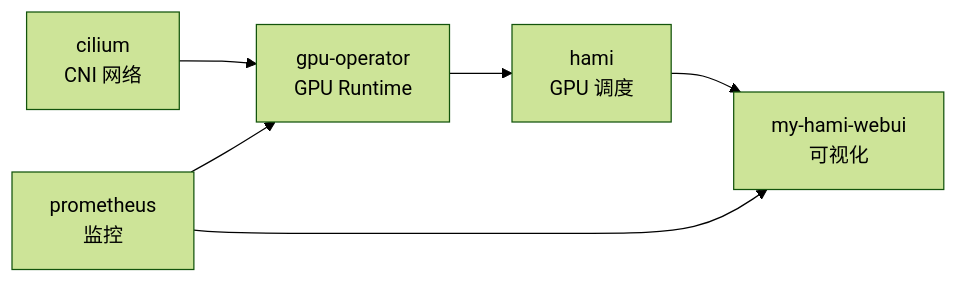
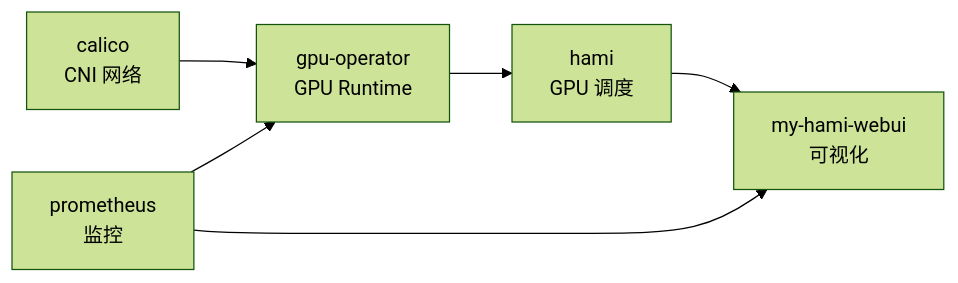
One commit to Project-HAMi/hami-workshop changed the second of 5 diagrams in docs/concepts/hami-architecture.zh.md. Above: the diagram before and after it, drawn with Mermaid (forest theme). The commit also changed other lines of this file and 9 other files, not shown here.

````diff
--- a/docs/concepts/hami-architecture.zh.md
+++ b/docs/concepts/hami-architecture.zh.md
@@ -79,9 +79,9 @@
 ```mermaid
-%% title: Helm Release 安装依赖
+%% title: 组件安装依赖
 flowchart LR
-    Cilium["cilium<br/>CNI 网络"] --> GPUOp["gpu-operator<br/>GPU Runtime"]
+    Calico["calico<br/>CNI 网络"] --> GPUOp["gpu-operator<br/>GPU Runtime"]
     GPUOp --> HAMi["hami<br/>GPU 调度"]
     HAMi --> WebUI["my-hami-webui<br/>可视化"]
     Prometheus["prometheus<br/>监控"] --> GPUOp
     Prometheus --> WebUI
 ```
````
